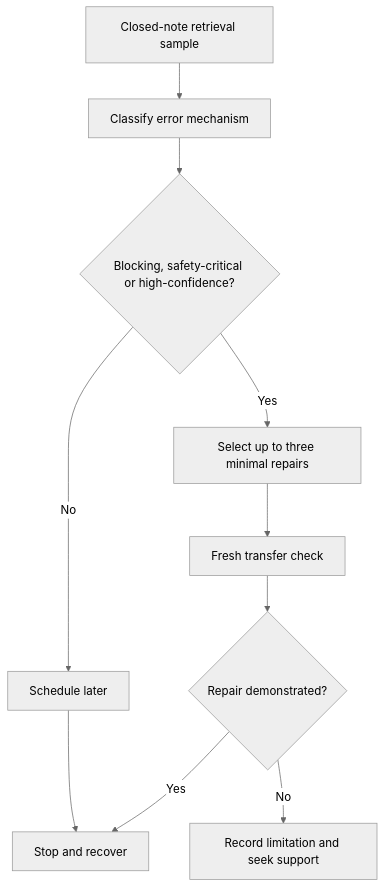
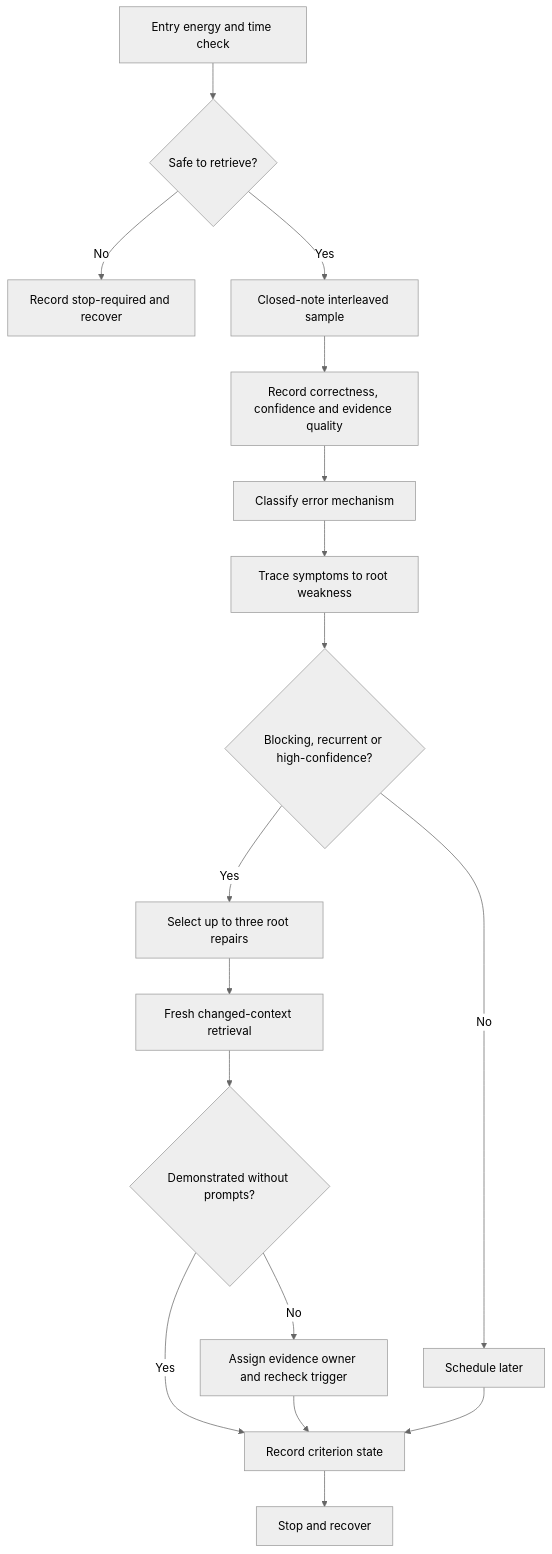
The first of 2 diagrams in docs/learning-plans/12-week/modules/day-75-rest-retrieval-and-weak-domain-triage.md (andrew3stedall/capstone), drawn with Mermaid (neutral theme) before and after one commit. The commit also changed other lines of this file and 4 other files, not shown here.

````diff
--- a/docs/learning-plans/12-week/modules/day-75-rest-retrieval-and-weak-domain-triage.md
+++ b/docs/learning-plans/12-week/modules/day-75-rest-retrieval-and-weak-domain-triage.md
@@ -67,12 +96,19 @@
 ```mermaid
 flowchart TD
-  A[Closed-note retrieval sample] --> B[Classify error mechanism]
-  B --> C{Blocking, safety-critical or high-confidence?}
-  C -->|Yes| D[Select up to three minimal repairs]
-  C -->|No| E[Schedule later]
-  D --> F[Fresh transfer check]
-  F --> G{Repair demonstrated?}
-  G -->|Yes| H[Stop and recover]
-  G -->|No| I[Record limitation and seek support]
-  E --> H
+  A[Entry energy and time check] --> B{Safe to retrieve?}
+  B -->|No| C[Record stop-required and recover]
+  B -->|Yes| D[Closed-note interleaved sample]
+  D --> E[Record correctness, confidence and evidence quality]
+  E --> F[Classify error mechanism]
+  F --> G[Trace symptoms to root weakness]
+  G --> H{Blocking, recurrent or high-confidence?}
+  H -->|Yes| I[Select up to three root repairs]
+  H -->|No| J[Schedule later]
+  I --> K[Fresh changed-context retrieval]
+  K --> L{Demonstrated without prompts?}
+  L -->|Yes| M[Record criterion state]
+  L -->|No| N[Assign evidence owner and recheck trigger]
+  J --> M
+  N --> M
+  M --> O[Stop and recover]
 ```
````
